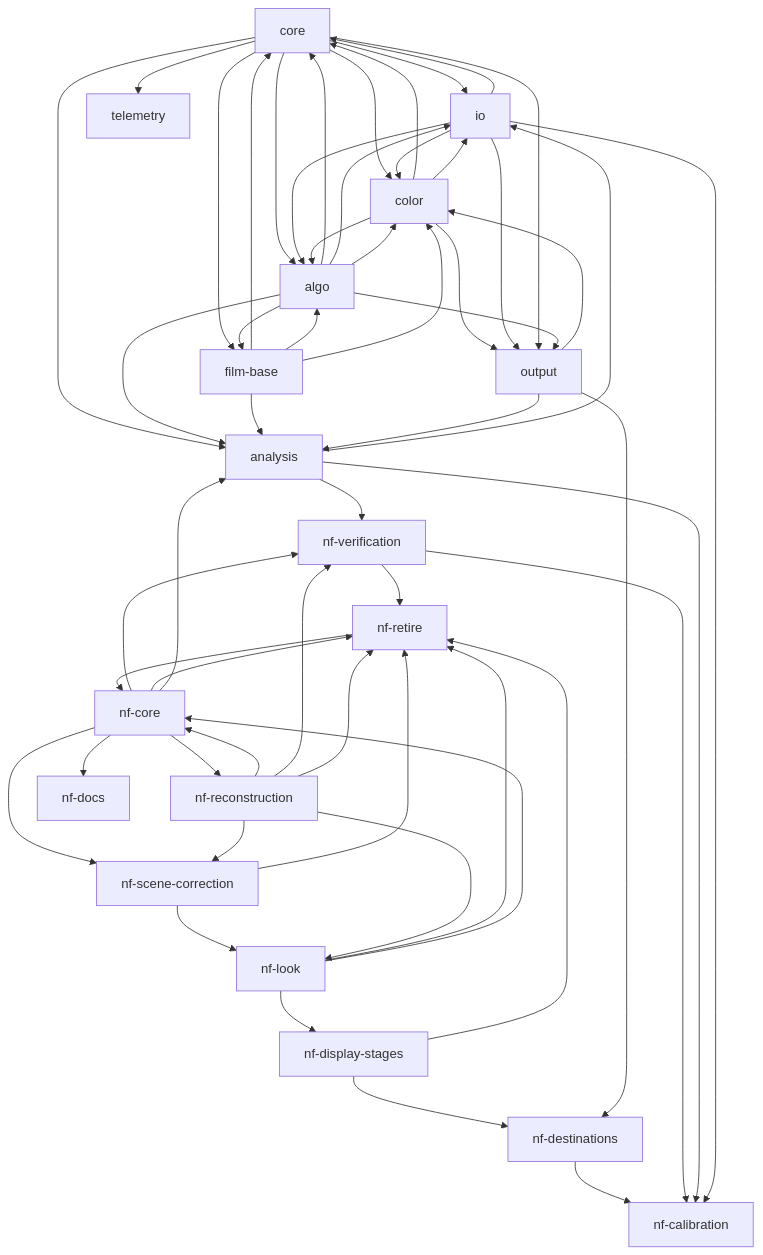
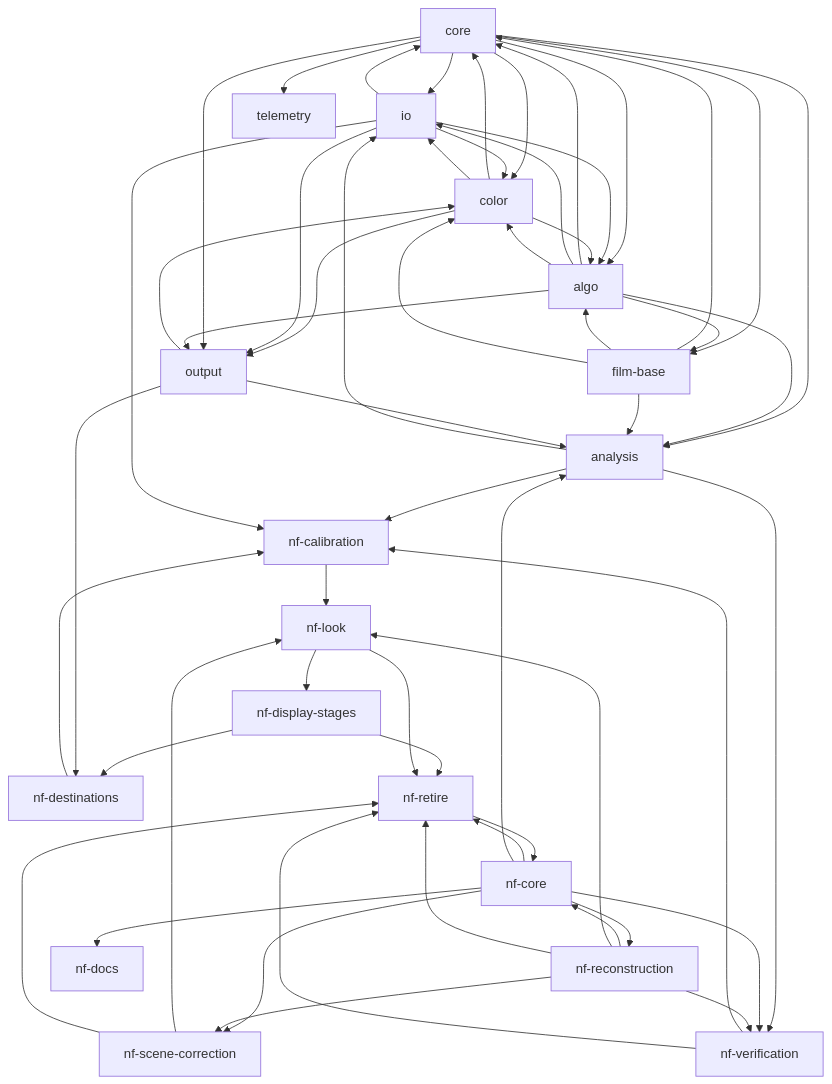
The first of 2 diagrams in docs/TASKS.md (lix42/hanten), drawn with Mermaid before and after one commit. The commit also changed other lines of this file and 9 other files, not shown here.

````diff
--- a/docs/TASKS.md
+++ b/docs/TASKS.md
@@ -99,75 +99,75 @@
 ```mermaid
 graph TD
   core
   io
   film-base
   algo
   color
   output
   telemetry
   analysis
   nf-core
   nf-reconstruction
   nf-scene-correction
   nf-look
   nf-display-stages
   nf-destinations
   nf-calibration
   nf-verification
   nf-retire
   nf-docs
   core --> io
   core --> color
   core --> film-base
   core --> algo
   io --> core
   color --> core
   film-base --> core
   algo --> core
   analysis --> io
   core --> analysis
   core --> telemetry
   algo --> analysis
   film-base --> analysis
   algo --> film-base
   io --> color
   io --> algo
   film-base --> algo
   color --> algo
   algo --> io
   algo --> color
   film-base --> color
   color --> output
   color --> io
   output --> color
   io --> output
   core --> output
   algo --> output
   output --> analysis
   nf-reconstruction --> nf-core
   nf-retire --> nf-core
   nf-core --> nf-reconstruction
   nf-core --> nf-scene-correction
   nf-reconstruction --> nf-scene-correction
   nf-scene-correction --> nf-look
   nf-reconstruction --> nf-look
   nf-look --> nf-display-stages
   nf-display-stages --> nf-destinations
   output --> nf-destinations
   nf-destinations --> nf-calibration
   nf-verification --> nf-calibration
   analysis --> nf-calibration
   io --> nf-calibration
+  nf-calibration --> nf-look
   analysis --> nf-verification
   nf-core --> nf-verification
   nf-reconstruction --> nf-verification
   nf-core --> nf-retire
   nf-verification --> nf-retire
   nf-display-stages --> nf-retire
   nf-reconstruction --> nf-retire
   nf-look --> nf-retire
   nf-scene-correction --> nf-retire
   nf-core --> nf-docs
   nf-core --> analysis
-  nf-look --> nf-core
 ```
````
